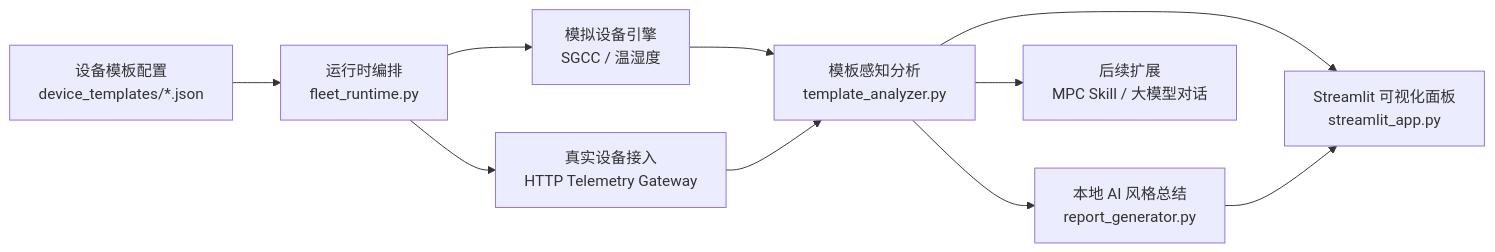
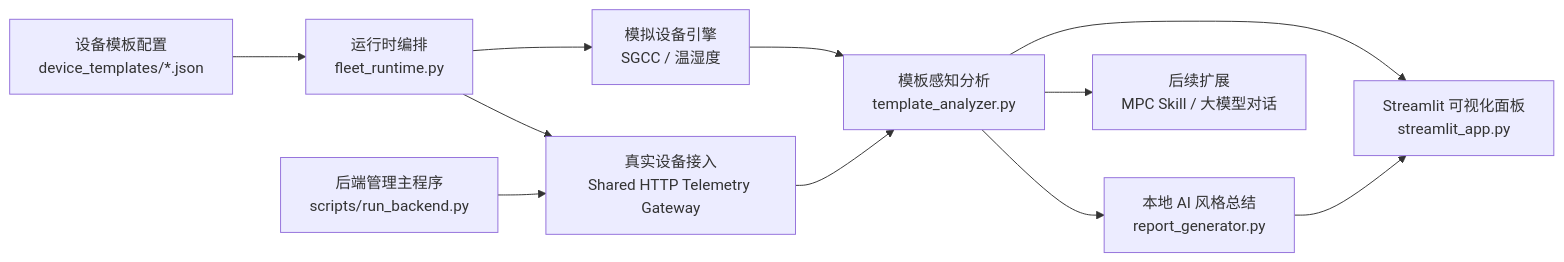
One commit to Spphire/DeviceSentinel-AI changed the diagram in README.md. Above: the diagram before and after it, drawn with Mermaid. The commit also changed other lines of this file and 24 other files, not shown here.

Commit message:
Add shared gateway manager and sync agent docs

````diff
--- a/README.md
+++ b/README.md
@@ -43,12 +43,13 @@
 ```mermaid
 flowchart LR
     A["设备模板配置<br/>device_templates/*.json"] --> B["运行时编排<br/>fleet_runtime.py"]
     B --> C["模拟设备引擎<br/>SGCC / 温湿度"]
-    B --> D["真实设备接入<br/>HTTP Telemetry Gateway"]
+    B --> D["真实设备接入<br/>Shared HTTP Telemetry Gateway"]
     C --> E["模板感知分析<br/>template_analyzer.py"]
     D --> E
     E --> F["本地 AI 风格总结<br/>report_generator.py"]
     E --> G["Streamlit 可视化面板<br/>streamlit_app.py"]
     F --> G
+    I["后端管理主程序<br/>scripts/run_backend.py"] --> D
     E --> H["后续扩展<br/>MPC Skill / 大模型对话"]
 ```
````
